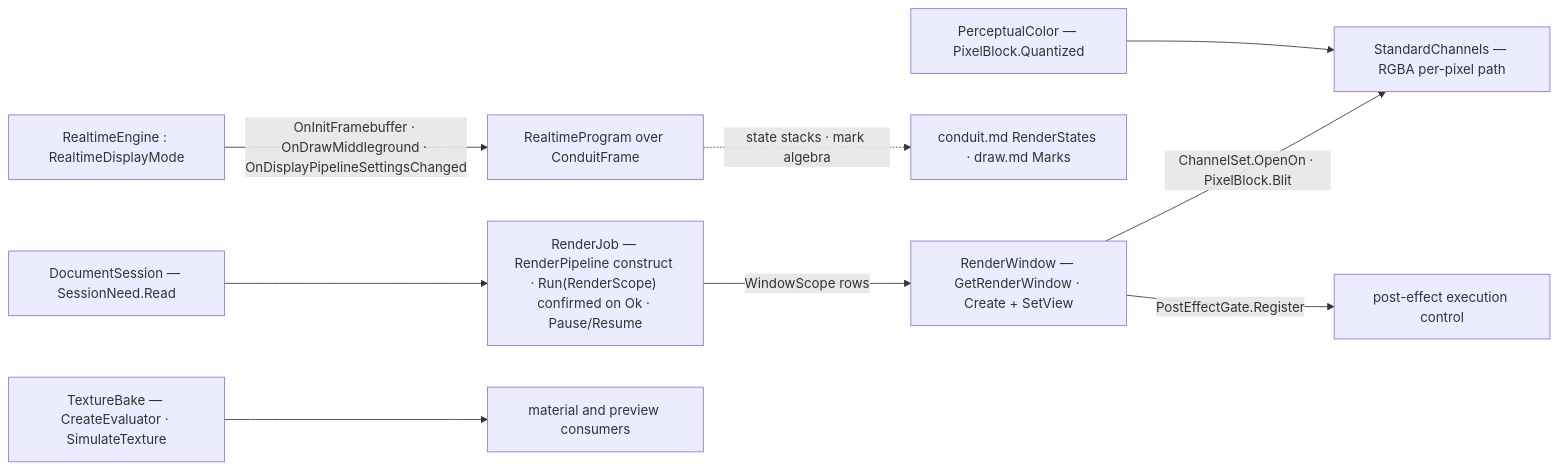
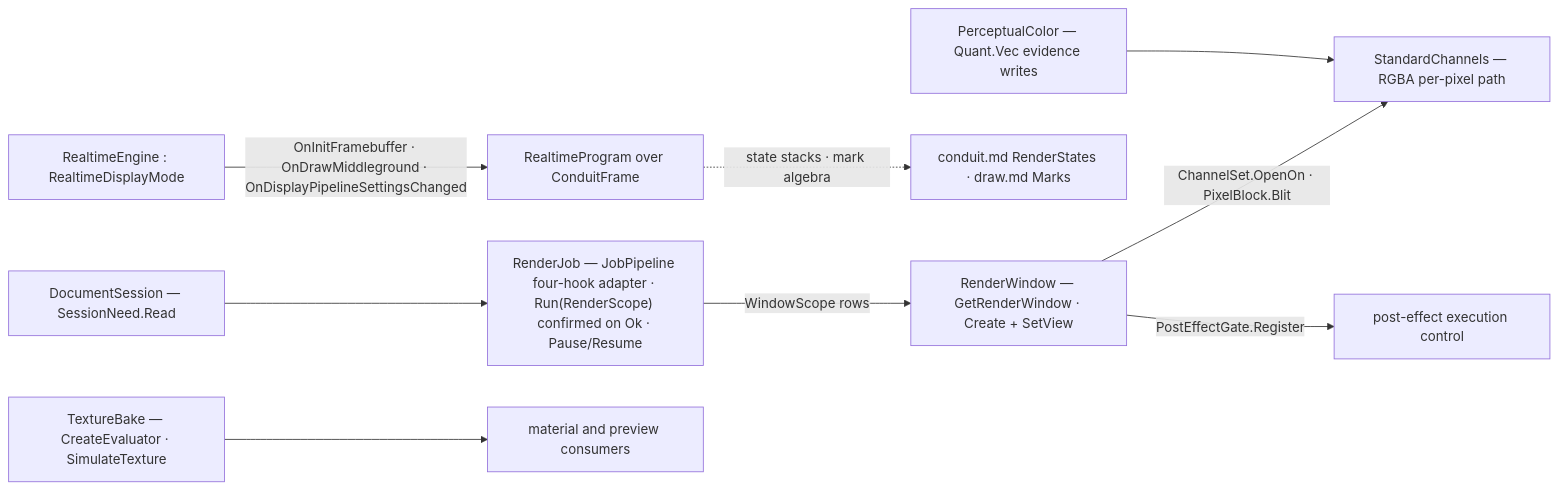
The diagram in libs/csharp/Rasm.Rhino/.planning/Display/render.md (bsamiee/Rasm), drawn with Mermaid before and after one commit. The commit also changed other lines of this file and 185 other files, not shown here.

First line of the commit message:
snapshot: Compute+Persistence hostile-rebuild mid-run corpus + rebuild.js codex-lane optimization set (law packs, read discipline, sol bar lens)

````diff
--- a/libs/csharp/Rasm.Rhino/.planning/Display/render.md
+++ b/libs/csharp/Rasm.Rhino/.planning/Display/render.md
@@ -298,11 +377,11 @@
 ```mermaid
 flowchart LR
-    Session["DocumentSession — SessionNeed.Read"] --> Job["RenderJob — RenderPipeline construct · Run(RenderScope) confirmed on Ok · Pause/Resume"]
+    Session["DocumentSession — SessionNeed.Read"] --> Job["RenderJob — JobPipeline four-hook adapter · Run(RenderScope) confirmed on Ok · Pause/Resume"]
     Job -->|WindowScope rows| Window["RenderWindow — GetRenderWindow · Create + SetView"]
     Window -->|ChannelSet.OpenOn · PixelBlock.Blit| Channels["StandardChannels — RGBA per-pixel path"]
     Window -->|PostEffectGate.Register| Post["post-effect execution control"]
     Engine["RealtimeEngine : RealtimeDisplayMode"] -->|OnInitFramebuffer · OnDrawMiddleground · OnDisplayPipelineSettingsChanged| Hooks["RealtimeProgram over ConduitFrame"]
     Hooks -.->|state stacks · mark algebra| Conduit["conduit.md RenderStates · draw.md Marks"]
     Bake["TextureBake — CreateEvaluator · SimulateTexture"] --> Consumers["material and preview consumers"]
-    Kernel["PerceptualColor — PixelBlock.Quantized"] --> Channels
+    Kernel["PerceptualColor — Quant.Vec evidence writes"] --> Channels
 ```
````
